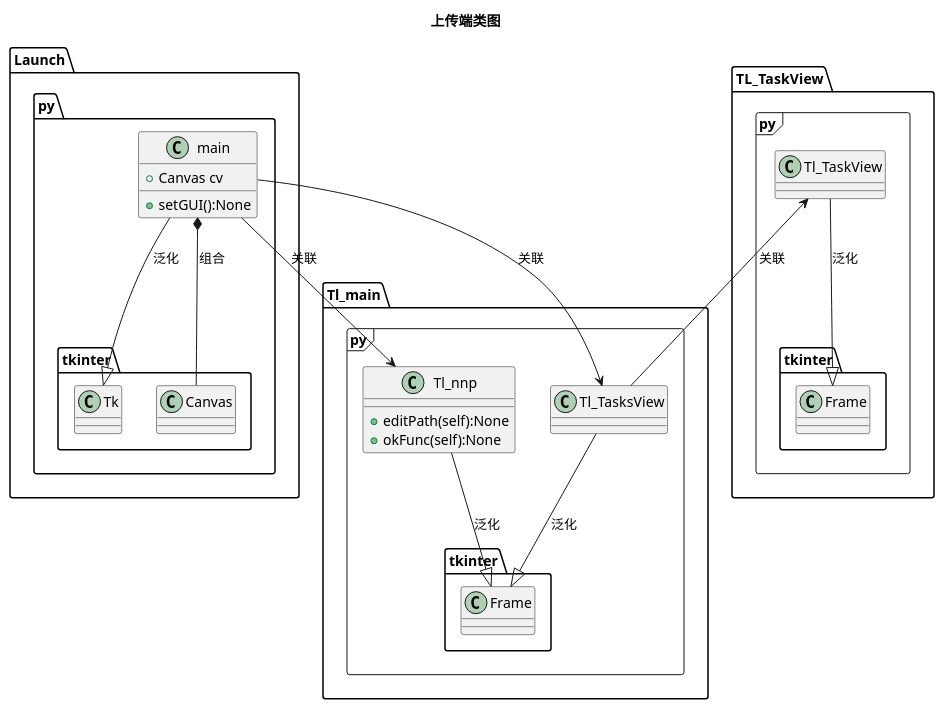
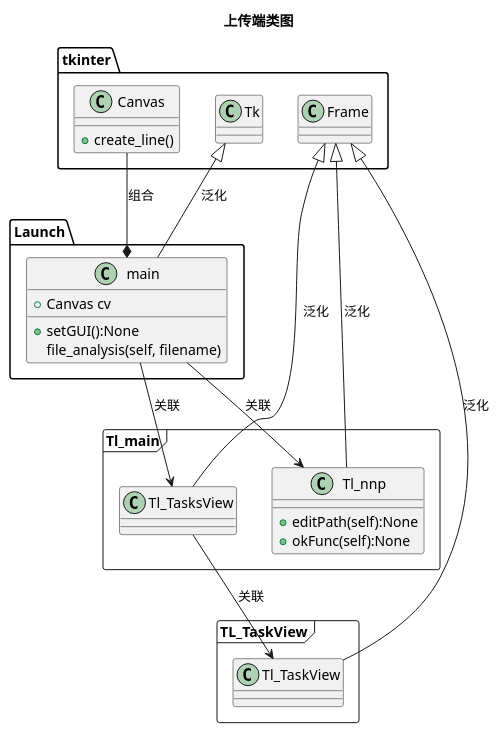
The diagram in 上传端/上传端类图.iuml (lmq624/Tools-for-students), drawn with PlantUML before and after one commit. The commit also changed 5 other files, not shown here.

```diff
--- a/上传端/上传端类图.iuml
+++ b/上传端/上传端类图.iuml
@@ -1,32 +1,40 @@
 @startuml  
 
 title:上传端类图
 
-package "Launch.py"{
-    main : +Canvas cv
-    main : +setGUI():None
-
-    main --|> tkinter.Tk : 泛化
-    main *-- tkinter.Canvas : 组合
+class tkinter.Canvas {
+    +create_line()
 }
 
-package "Tl_main.py" <<Frame>> {
+class Launch.main {
+    +Canvas cv
+    +setGUI():None
+    file_analysis(self, filename)
+}
+
+package Launch {
+
+    tkinter.Tk <|-- Launch.main : 泛化
+    tkinter.Canvas --* Launch.main : 组合
+}
+
+package Tl_main <<Frame>> {
     Tl_nnp : +editPath(self):None
     Tl_nnp : +okFunc(self):None
     
-    Tl_TasksView --|> tkinter.Frame : 泛化
-    Tl_nnp --|> tkinter.Frame : 泛化
+    tkinter.Frame <|-- Tl_nnp : 泛化
+    tkinter.Frame <|-- Tl_TasksView : 泛化
 
-    main -> Tl_TasksView: 关联
-    main --> Tl_nnp: 关联
+    Launch.main -> Tl_TasksView: 关联
+    Launch.main --> Tl_nnp: 关联
 }
 
-package "TL_TaskView.py" <<Frame>> {
-    Tl_TaskView <-- Tl_TasksView:关联
-    Tl_TaskView --|> tkinter.Frame : 泛化
+package TL_TaskView <<Frame>> {
+    Tl_TasksView --> Tl_TaskView :关联
+    tkinter.Frame <|-- Tl_TaskView : 泛化
 
 }
 
 
 
 @enduml
```
